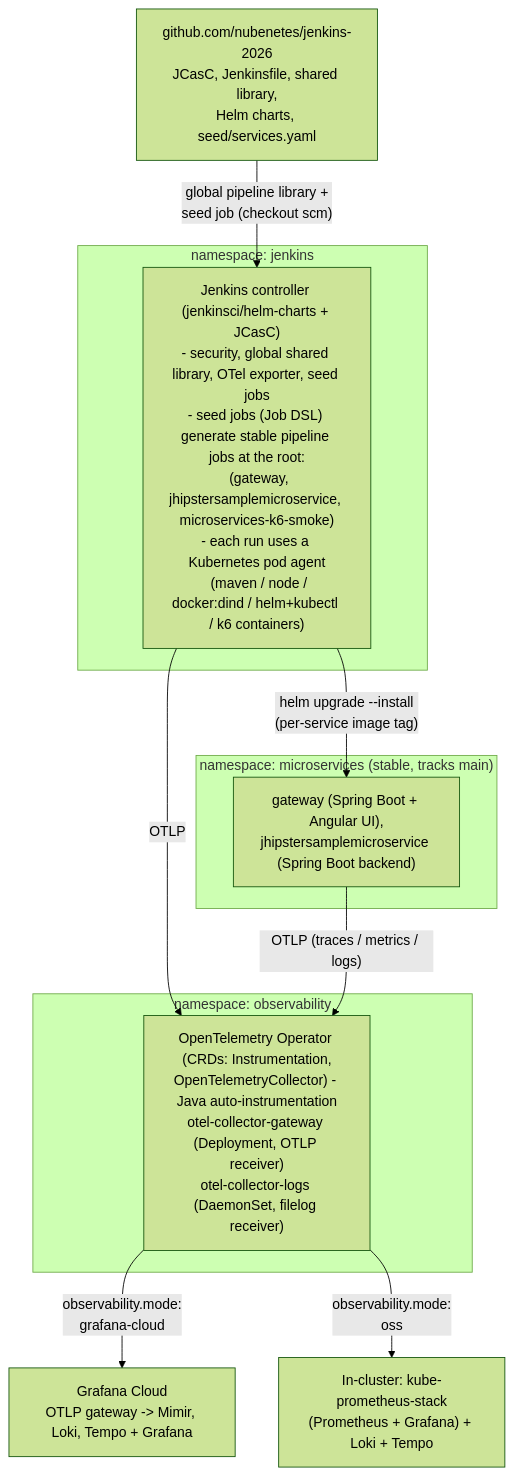
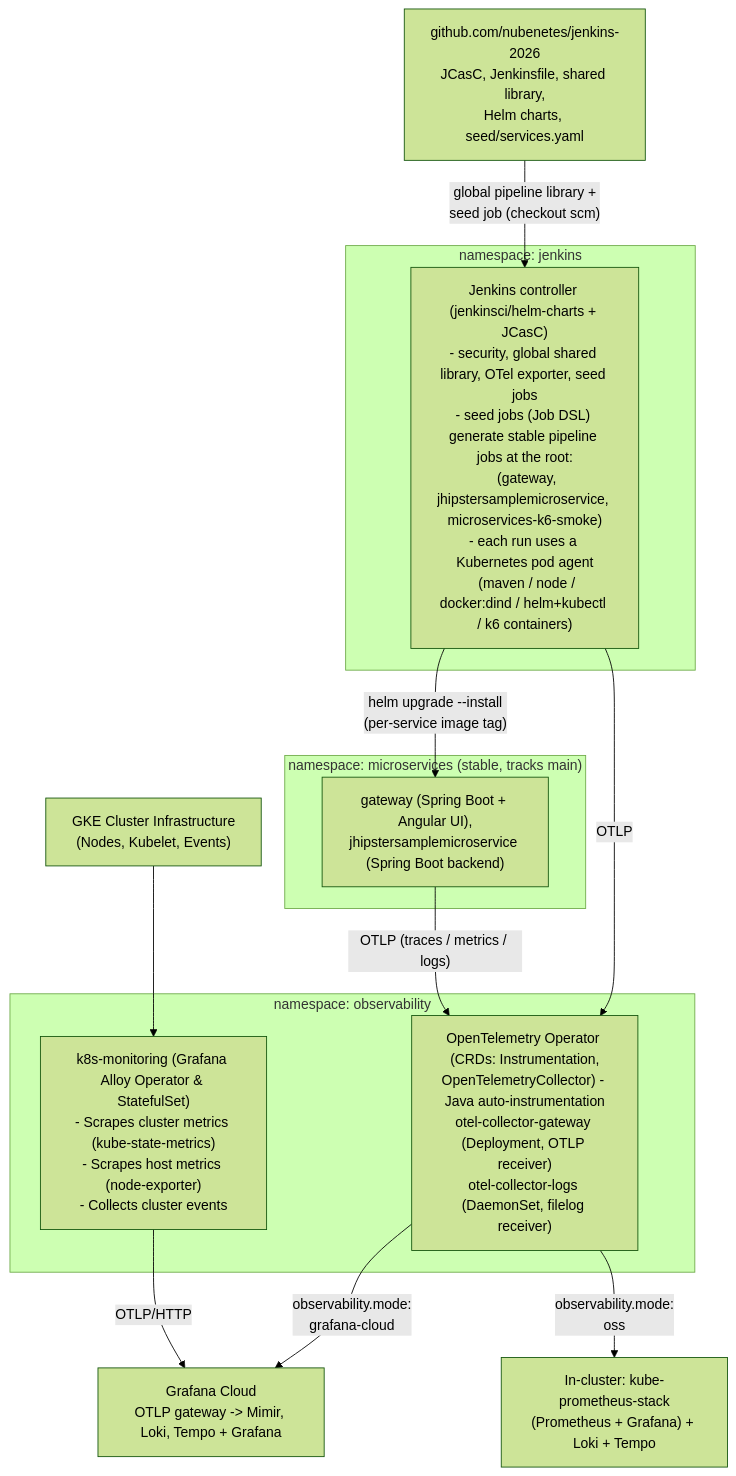
Before and after one commit to nubenetes/jenkins-2026: the diagram in docs/architecture.md, drawn with Mermaid (forest theme). The commit also changed 9 other files, not shown here.

````diff
--- a/docs/architecture.md
+++ b/docs/architecture.md
@@ -29,29 +29,33 @@
 ```mermaid
 flowchart TD
     repo["github.com/nubenetes/jenkins-2026<br/>JCasC, Jenkinsfile, shared library,<br/>Helm charts, seed/services.yaml"]
 
     subgraph jenkins_ns["namespace: jenkins"]
         jenkins["Jenkins controller (jenkinsci/helm-charts + JCasC)<br/>- security, global shared library, OTel exporter, seed jobs<br/>- seed jobs (Job DSL) generate stable pipeline jobs at the root:<br/>  (gateway, jhipstersamplemicroservice, microservices-k6-smoke)<br/>- each run uses a Kubernetes pod agent<br/>  (maven / node / docker:dind / helm+kubectl / k6 containers)"]
     end
 
     repo -->|"global pipeline library +<br/>seed job (checkout scm)"| jenkins
 
     subgraph microservices_ns["namespace: microservices (stable, tracks main)"]
         microservices["gateway (Spring Boot + Angular UI),<br/>jhipstersamplemicroservice (Spring Boot backend)"]
     end
 
     jenkins -->|"helm upgrade --install<br/>(per-service image tag)"| microservices
 
     subgraph observability_ns["namespace: observability"]
         otel["OpenTelemetry Operator (CRDs: Instrumentation,<br/>OpenTelemetryCollector) - Java auto-instrumentation<br/>otel-collector-gateway (Deployment, OTLP receiver)<br/>otel-collector-logs (DaemonSet, filelog receiver)"]
+        k8s_mon["k8s-monitoring (Grafana Alloy Operator & StatefulSet)<br/>- Scrapes cluster metrics (kube-state-metrics)<br/>- Scrapes host metrics (node-exporter)<br/>- Collects cluster events"]
     end
 
     jenkins -->|OTLP| otel
     microservices -->|"OTLP (traces / metrics / logs)"| otel
+    
+    gke["GKE Cluster Infrastructure<br/>(Nodes, Kubelet, Events)"] --> k8s_mon
 
     grafana_cloud["Grafana Cloud<br/>OTLP gateway -> Mimir, Loki, Tempo + Grafana"]
     oss["In-cluster: kube-prometheus-stack<br/>(Prometheus + Grafana) + Loki + Tempo"]
 
     otel -->|"observability.mode:<br/>grafana-cloud"| grafana_cloud
     otel -->|"observability.mode:<br/>oss"| oss
+    k8s_mon -->|"OTLP/HTTP"| grafana_cloud
 ```
````
